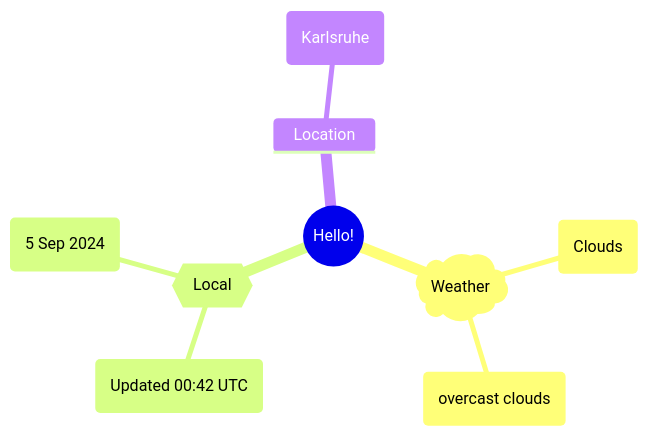
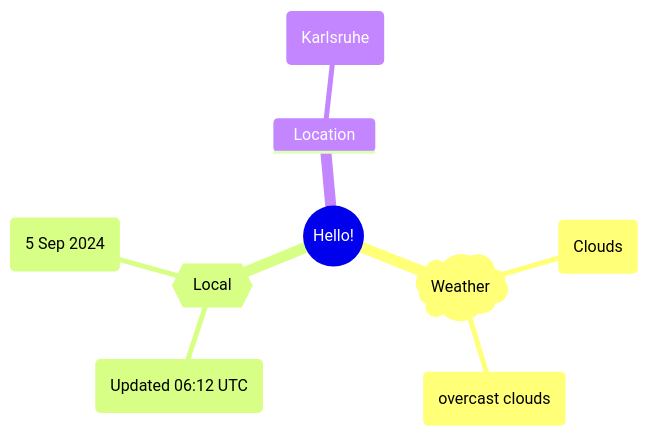
The first of 2 diagrams in README.md (Xosrov/Xosrov), drawn with Mermaid before and after one commit.

Commit message:
[bot] updated images

````diff
--- a/README.md
+++ b/README.md
@@ -3,12 +3,12 @@
 ```mermaid
 mindmap
   root((Hello!))
     )Weather(
         (Clouds)
         (overcast clouds)
     {{Local}}
-        (Updated 00:42 UTC)
+        (Updated 06:12 UTC)
         (5 Sep 2024)
     Location
         (Karlsruhe)
 ```
````
